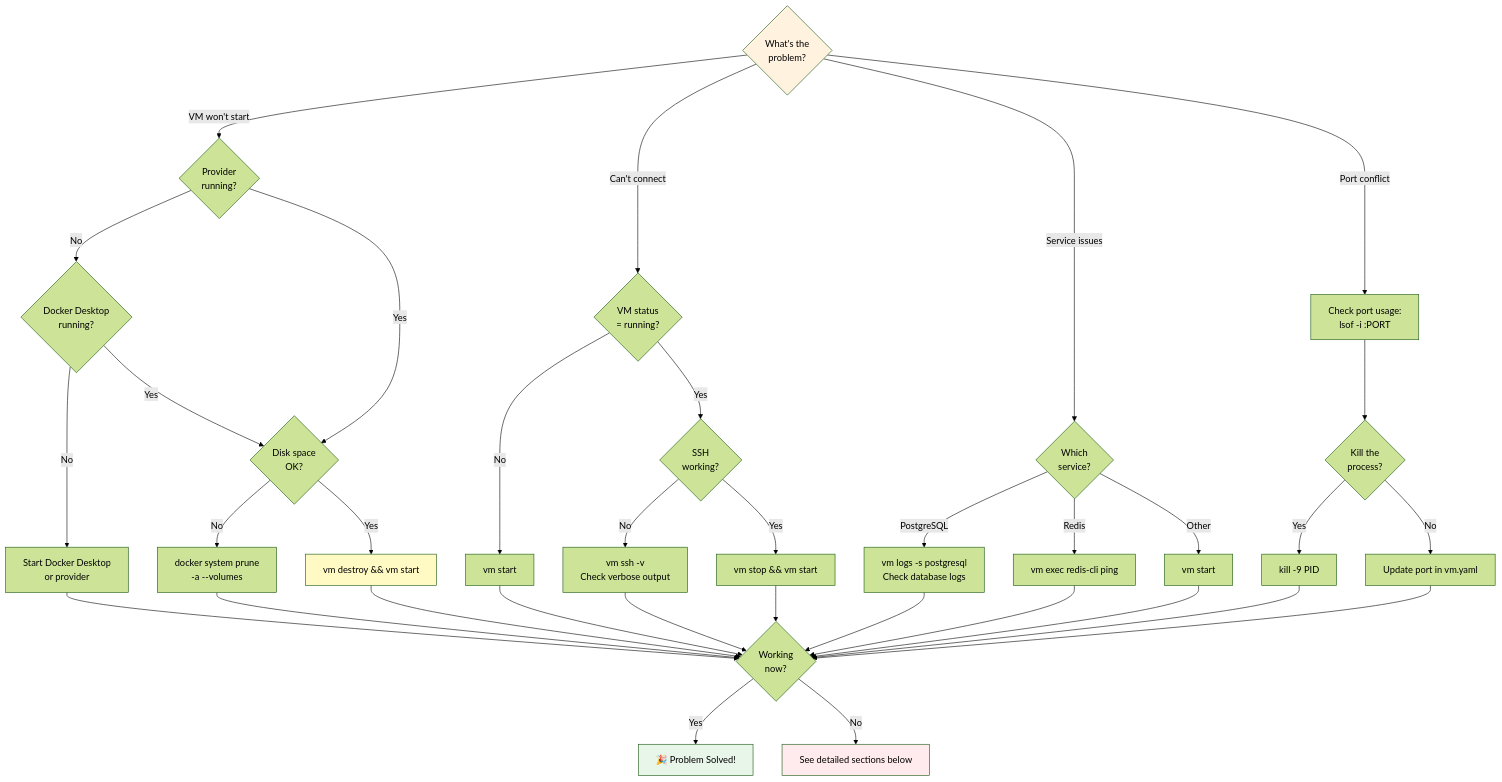
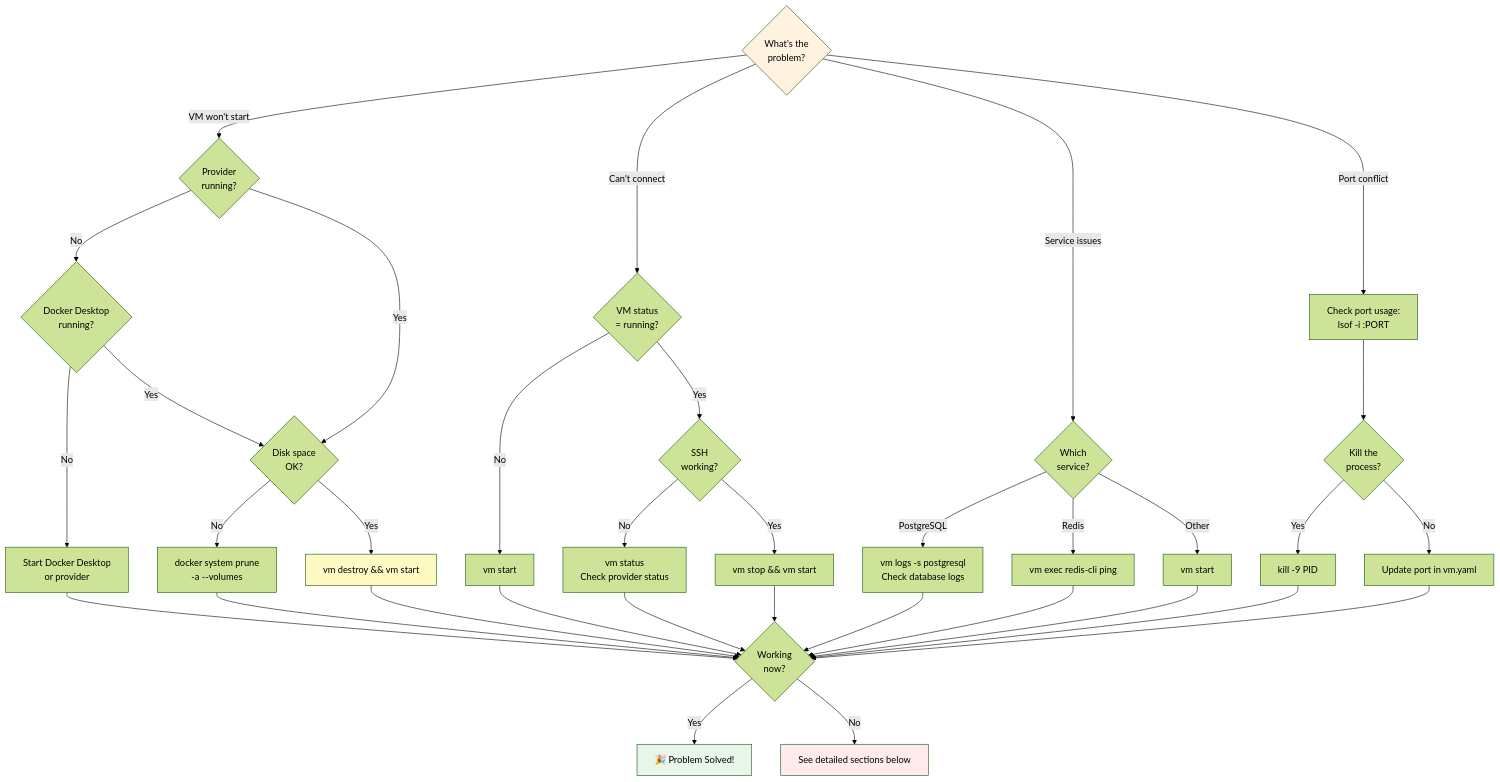
The diagram in docs/user-guide/troubleshooting.md (goobits/vm), drawn with Mermaid (forest theme) before and after one commit. The commit also changed other lines of this file and 14 other files, not shown here.

````diff
--- a/docs/user-guide/troubleshooting.md
+++ b/docs/user-guide/troubleshooting.md
@@ -7,53 +7,53 @@
 ```mermaid
 flowchart TD
     Start{What's the<br/>problem?}
 
     Start -->|VM won't start| WontStart{Provider<br/>running?}
     Start -->|Can't connect| CantConnect{VM status<br/>= running?}
     Start -->|Service issues| ServiceIssue{Which<br/>service?}
     Start -->|Port conflict| PortIssue[Check port usage:<br/>lsof -i :PORT]
 
     WontStart -->|No| ProviderCheck{Docker Desktop<br/>running?}
     WontStart -->|Yes| SpaceCheck{Disk space<br/>OK?}
 
     ProviderCheck -->|No| StartProvider[Start Docker Desktop<br/>or provider]
     ProviderCheck -->|Yes| SpaceCheck
 
     SpaceCheck -->|No| CleanSpace[docker system prune<br/>-a --volumes]
     SpaceCheck -->|Yes| Reset[vm destroy && vm start]
 
     CantConnect -->|No| StartVM[vm start]
     CantConnect -->|Yes| SSHCheck{SSH<br/>working?}
 
-    SSHCheck -->|No| SSHDebug[vm ssh -v<br/>Check verbose output]
+    SSHCheck -->|No| SSHDebug[vm status<br/>Check provider status]
     SSHCheck -->|Yes| RestartVM[vm stop && vm start]
 
     ServiceIssue -->|PostgreSQL| PG[vm logs -s postgresql<br/>Check database logs]
     ServiceIssue -->|Redis| Redis[vm exec redis-cli ping]
     ServiceIssue -->|Other| ServiceRestart[vm start]
 
     PortIssue --> FindProcess{Kill the<br/>process?}
     FindProcess -->|Yes| KillIt[kill -9 PID]
     FindProcess -->|No| ChangePort[Update port in vm.yaml]
 
     StartProvider --> Verify
     CleanSpace --> Verify
     Reset --> Verify
     StartVM --> Verify
     RestartVM --> Verify
     SSHDebug --> Verify
     ServiceRestart --> Verify
     PG --> Verify
     Redis --> Verify
     KillIt --> Verify
     ChangePort --> Verify
 
     Verify{Working<br/>now?}
     Verify -->|Yes| Success[🎉 Problem Solved!]
     Verify -->|No| Advanced[See detailed sections below]
 
     style Start fill:#fff3e0
     style Success fill:#e8f5e9
     style Advanced fill:#ffebee
     style Reset fill:#fff9c4
 ```
````
